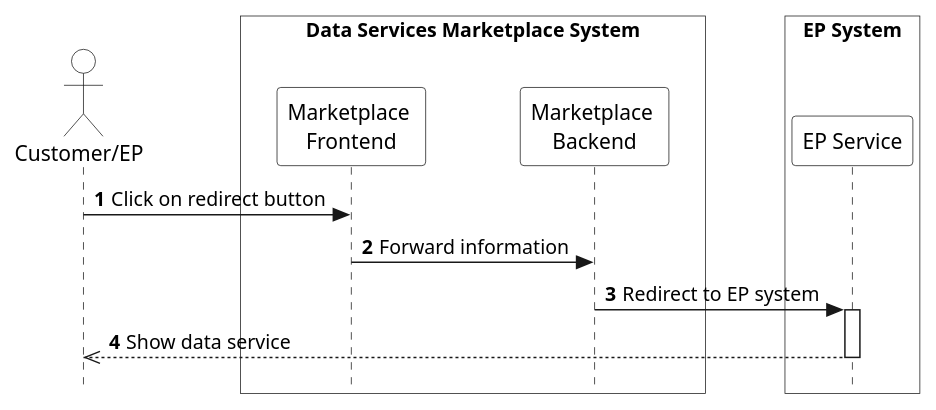
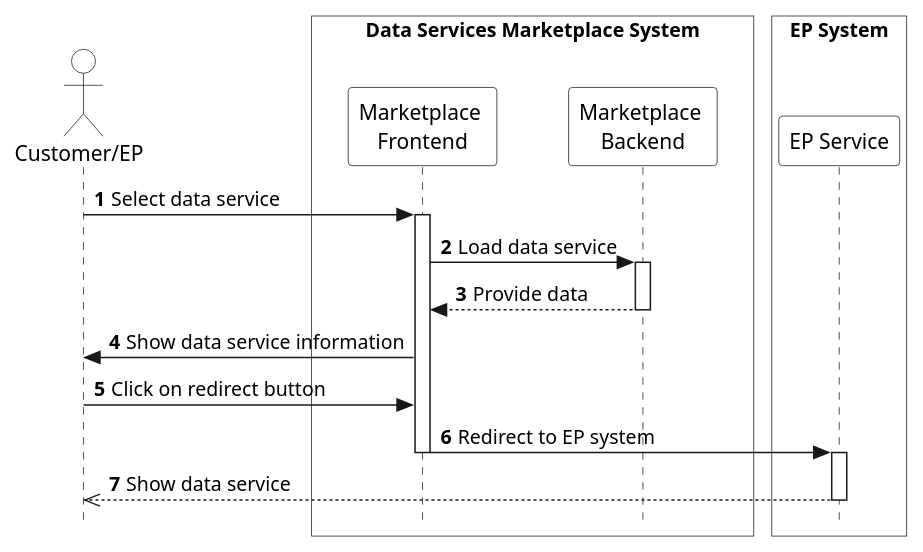
One commit to eddie-energy/architecture changed the diagram in arc42/marketplace/runtime-view/figures/marketplace-access-service.puml. Above: the diagram before and after it, drawn with PlantUML. The commit also changed 14 other files, not shown here.

Commit message:
Part of #121: update runtime-view and deployment-view diagrams

```diff
--- a/arc42/marketplace/runtime-view/figures/marketplace-access-service.puml
+++ b/arc42/marketplace/runtime-view/figures/marketplace-access-service.puml
@@ -1,29 +1,36 @@
 @startuml marketplace-access-service
 
 skinparam style strictuml
 skinparam sequence {
   ParticipantBackgroundColor transparent
   ActorBackgroundColor transparent
 }
 
 autonumber
 !pragma teoz true
 
 actor "Customer/EP" as customer
 box "Data Services Marketplace System" #transparent
   participant "Marketplace \nFrontend" as app
   participant "Marketplace \nBackend" as marketplace
 end box
 
 box "EP System" #transparent
   participant "EP Service" as ep
 end box
 
+customer -> app : Select data service
+activate app
+app -> marketplace : Load data service
+activate marketplace
+marketplace --> app : Provide data
+deactivate marketplace
+app -> customer : Show data service information
 customer -> app : Click on redirect button
-app -> marketplace : Forward information
-marketplace -> ep : Redirect to EP system
+app -> ep : Redirect to EP system
+deactivate app
 activate ep
 ep -->> customer : Show data service
 deactivate ep
 
 @enduml
```
